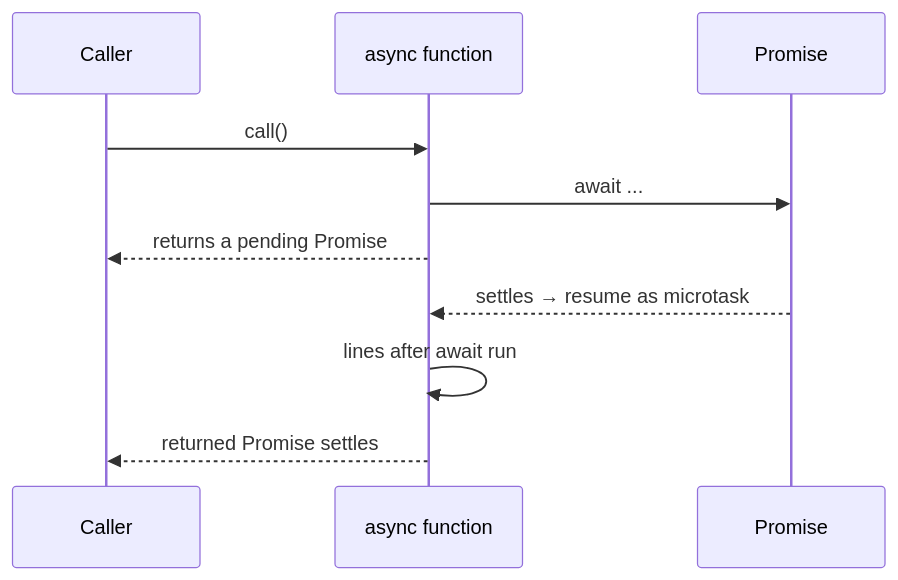
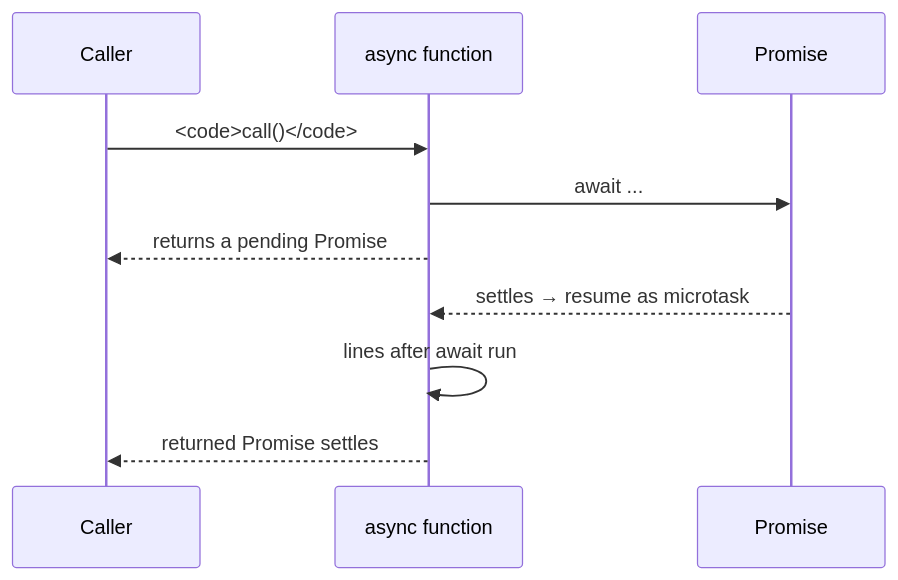
Before and after one commit to dataslope/dataslope: the second of 2 diagrams in content/courses/beginners-javascript/promises-and-async-await.mdx, drawn with Mermaid. The commit also changed other lines of this file and 65 other files, not shown here.

First line of the commit message:
Set code in every mermaid label in the mono face

````diff
--- a/content/courses/beginners-javascript/promises-and-async-await.mdx
+++ b/content/courses/beginners-javascript/promises-and-async-await.mdx
@@ -425,12 +425,12 @@
 ```mermaid
 sequenceDiagram
     participant Caller
     participant AsyncFn as async function
     participant Promise
-    Caller->>AsyncFn: call()
+    Caller->>AsyncFn: <code>call()</code>
     AsyncFn->>Promise: await ...
     AsyncFn-->>Caller: returns a pending Promise
     Promise-->>AsyncFn: settles → resume as microtask
     AsyncFn->>AsyncFn: lines after await run
     AsyncFn-->>Caller: returned Promise settles
 ```
````
